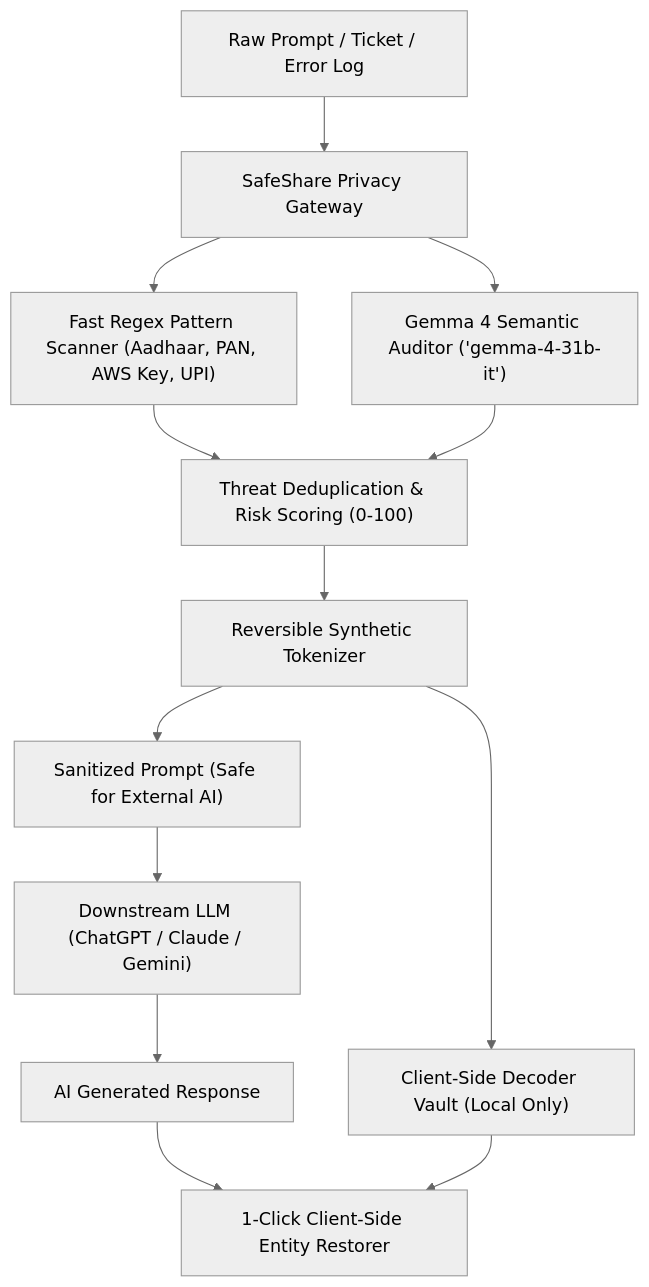
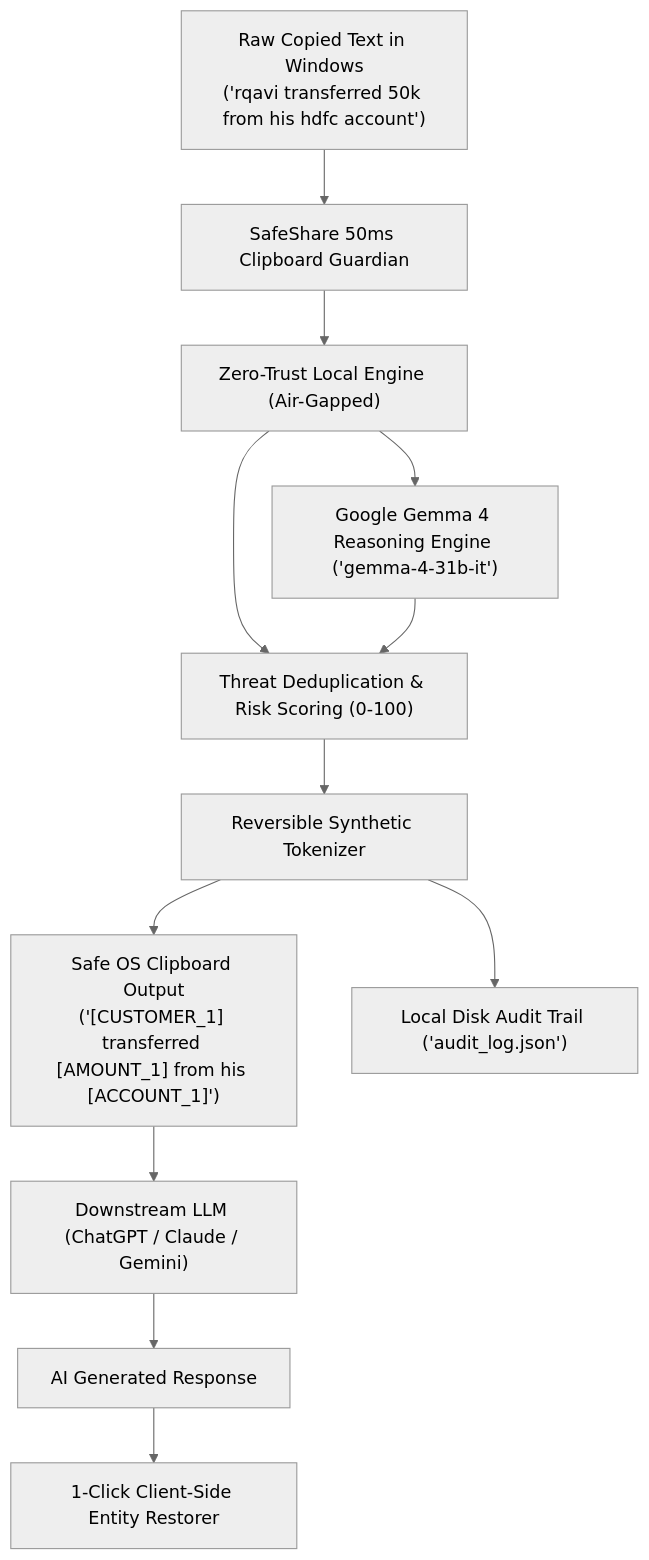
One commit to Shiv-10-16/SafeShare changed the diagram in README.md. Above: the diagram before and after it, drawn with Mermaid (neutral theme). The commit also changed other lines of this file, not shown here.

Commit message:
Docs: Position SafeShare as Google Gemma 4 Zero-Trust On-Device Architecture

````diff
--- a/README.md
+++ b/README.md
@@ -69,13 +76,13 @@
 ```mermaid
 flowchart TD
-    A["Raw Prompt / Ticket / Error Log"] --> B["SafeShare Privacy Gateway"]
-    B --> C["Fast Regex Pattern Scanner (Aadhaar, PAN, AWS Key, UPI)"]
-    B --> D["Gemma 4 Semantic Auditor ('gemma-4-31b-it')"]
+    A["Raw Copied Text in Windows\n('rqavi transferred 50k from his hdfc account')"] --> B["SafeShare 50ms Clipboard Guardian"]
+    B --> C["Zero-Trust Local Engine (Air-Gapped)"]
+    C --> D["Google Gemma 4 Reasoning Engine ('gemma-4-31b-it')"]
     C & D --> E["Threat Deduplication & Risk Scoring (0-100)"]
     E --> F["Reversible Synthetic Tokenizer"]
-    F --> G["Sanitized Prompt (Safe for External AI)"]
-    F --> H["Client-Side Decoder Vault (Local Only)"]
+    F --> G["Safe OS Clipboard Output\n('[CUSTOMER_1] transferred [AMOUNT_1] from his [ACCOUNT_1]')"]
+    F --> H["Local Disk Audit Trail ('audit_log.json')"]
     G --> I["Downstream LLM (ChatGPT / Claude / Gemini)"]
     I --> J["AI Generated Response"]
-    J & H --> K["1-Click Client-Side Entity Restorer"]
+    J --> K["1-Click Client-Side Entity Restorer"]
 ```
````
